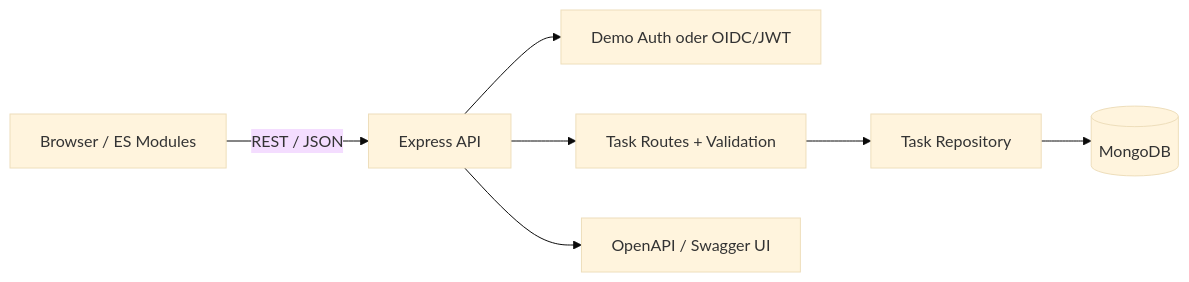
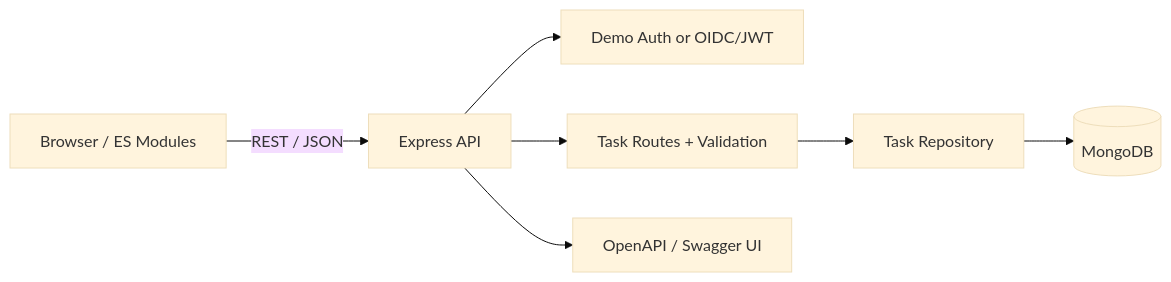
The diagram in docs/architecture.md (onurguendogdu/taskflow-fullstack), drawn with Mermaid (base theme) before and after one commit. The commit also changed other lines of this file, not shown here.

Commit message:
docs: translate architecture documentation

````diff
--- a/docs/architecture.md
+++ b/docs/architecture.md
@@ -3,9 +3,9 @@
 ```mermaid
 flowchart LR
     Browser[Browser / ES Modules] -->|REST / JSON| Express[Express API]
-    Express --> Auth[Demo Auth oder OIDC/JWT]
+    Express --> Auth[Demo Auth or OIDC/JWT]
     Express --> Routes[Task Routes + Validation]
     Routes --> Repository[Task Repository]
     Repository --> MongoDB[(MongoDB)]
     Express --> Swagger[OpenAPI / Swagger UI]
 ```
````
